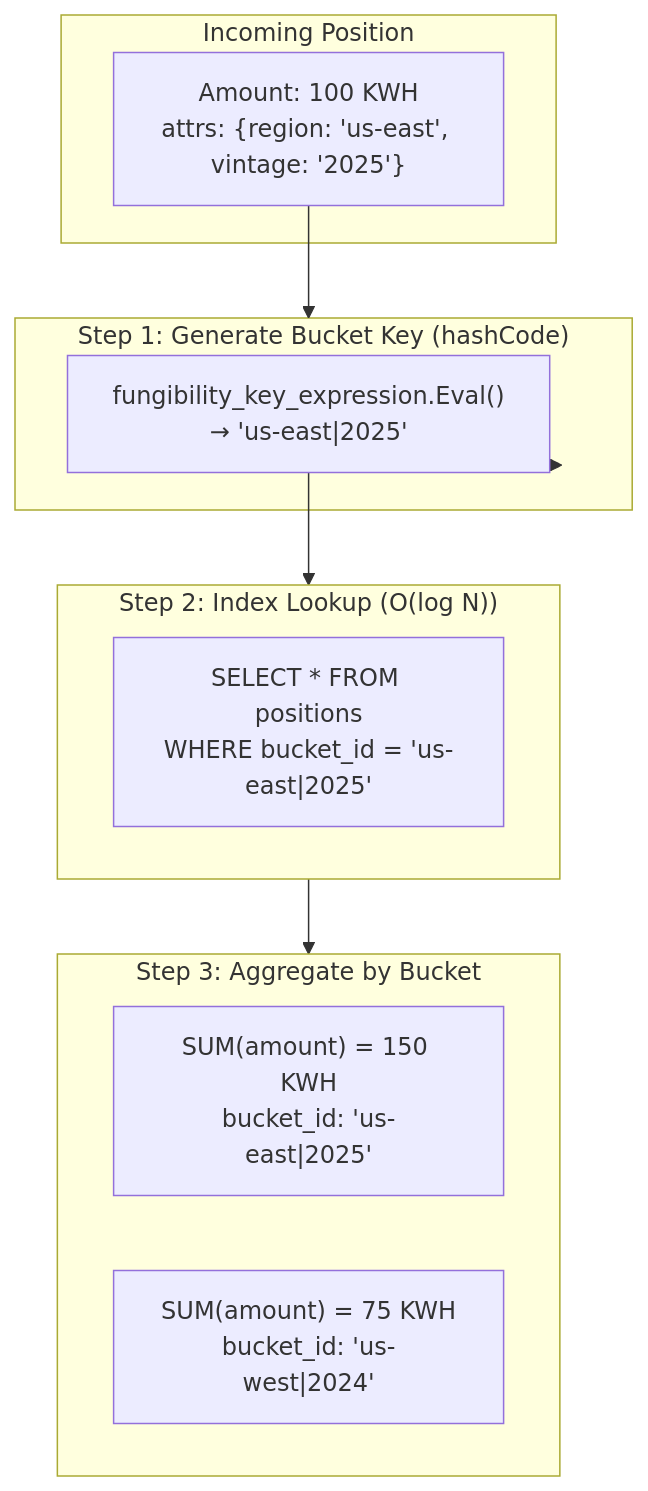
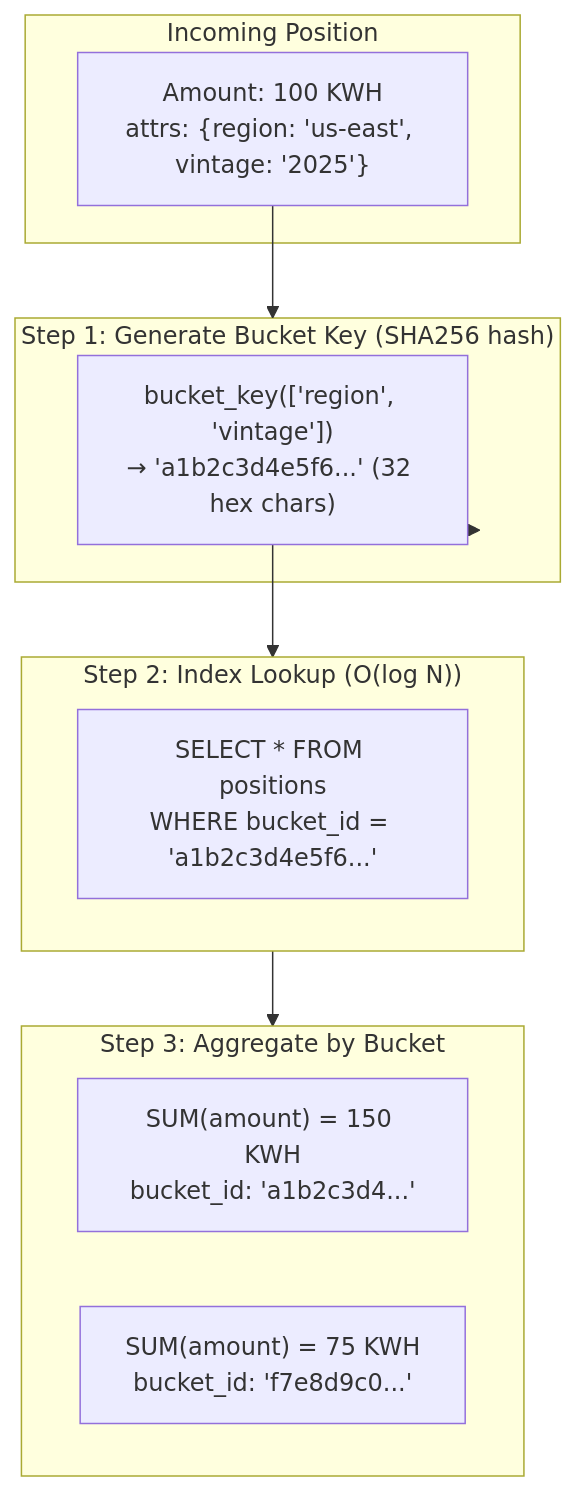
The first of 2 diagrams in docs/prd/universal-asset-system.md (meridianhub/meridian), drawn with Mermaid before and after one commit. The commit also changed other lines of this file, not shown here.

````diff
--- a/docs/prd/universal-asset-system.md
+++ b/docs/prd/universal-asset-system.md
@@ -376,24 +387,24 @@
 ```mermaid
 flowchart TB
     subgraph Input["Incoming Position"]
         NEW["Amount: 100 KWH<br/>attrs: {region: 'us-east', vintage: '2025'}"]
     end
 
-    subgraph CELKey["Step 1: Generate Bucket Key (hashCode)"]
-        KEY["fungibility_key_expression.Eval()<br/>→ 'us-east|2025'"]
+    subgraph CELKey["Step 1: Generate Bucket Key (SHA256 hash)"]
+        KEY["bucket_key(['region', 'vintage'])<br/>→ 'a1b2c3d4e5f6...' (32 hex chars)"]
     end
 
     subgraph Database["Step 2: Index Lookup (O(log N))"]
-        DB["SELECT * FROM positions<br/>WHERE bucket_id = 'us-east|2025'"]
+        DB["SELECT * FROM positions<br/>WHERE bucket_id = 'a1b2c3d4e5f6...'"]
     end
 
     subgraph Result["Step 3: Aggregate by Bucket"]
-        R1["SUM(amount) = 150 KWH<br/>bucket_id: 'us-east|2025'"]
-        R2["SUM(amount) = 75 KWH<br/>bucket_id: 'us-west|2024'"]
+        R1["SUM(amount) = 150 KWH<br/>bucket_id: 'a1b2c3d4...'"]
+        R2["SUM(amount) = 75 KWH<br/>bucket_id: 'f7e8d9c0...'"]
     end
 
     NEW --> CELKey
     CELKey --> KEY
     KEY --> Database
     Database --> Result
 ```
````
